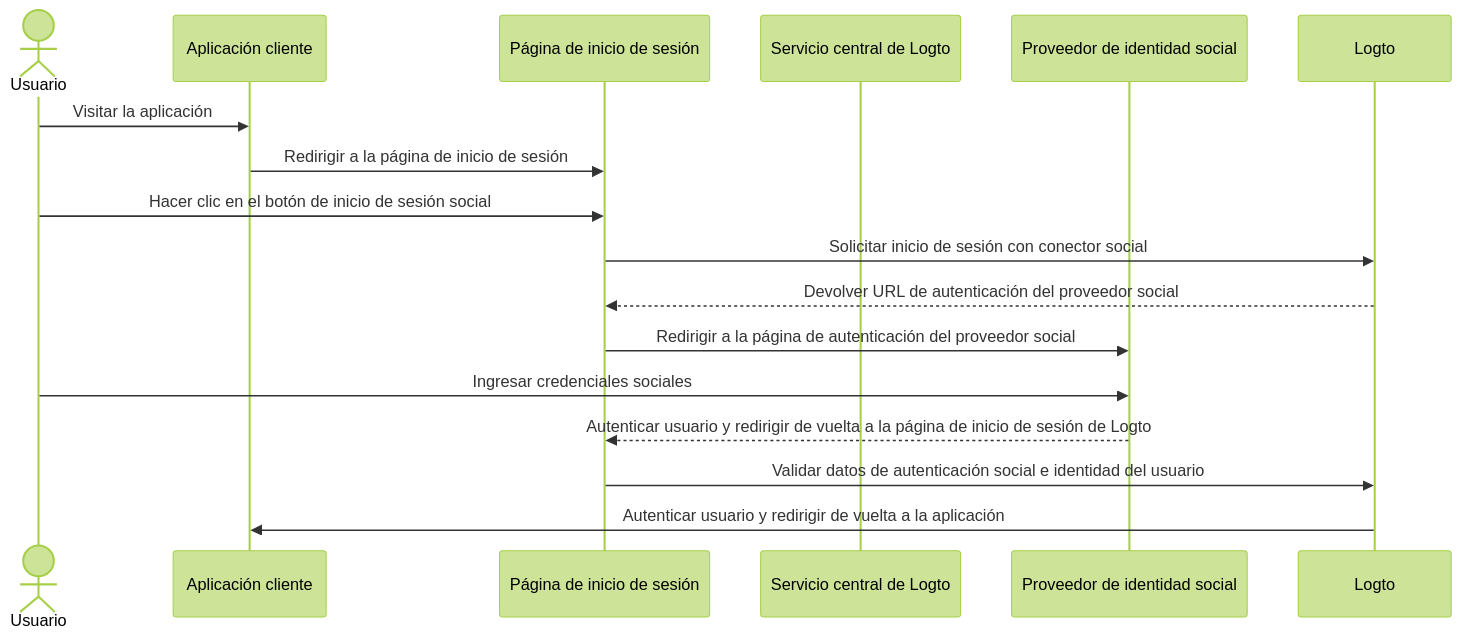
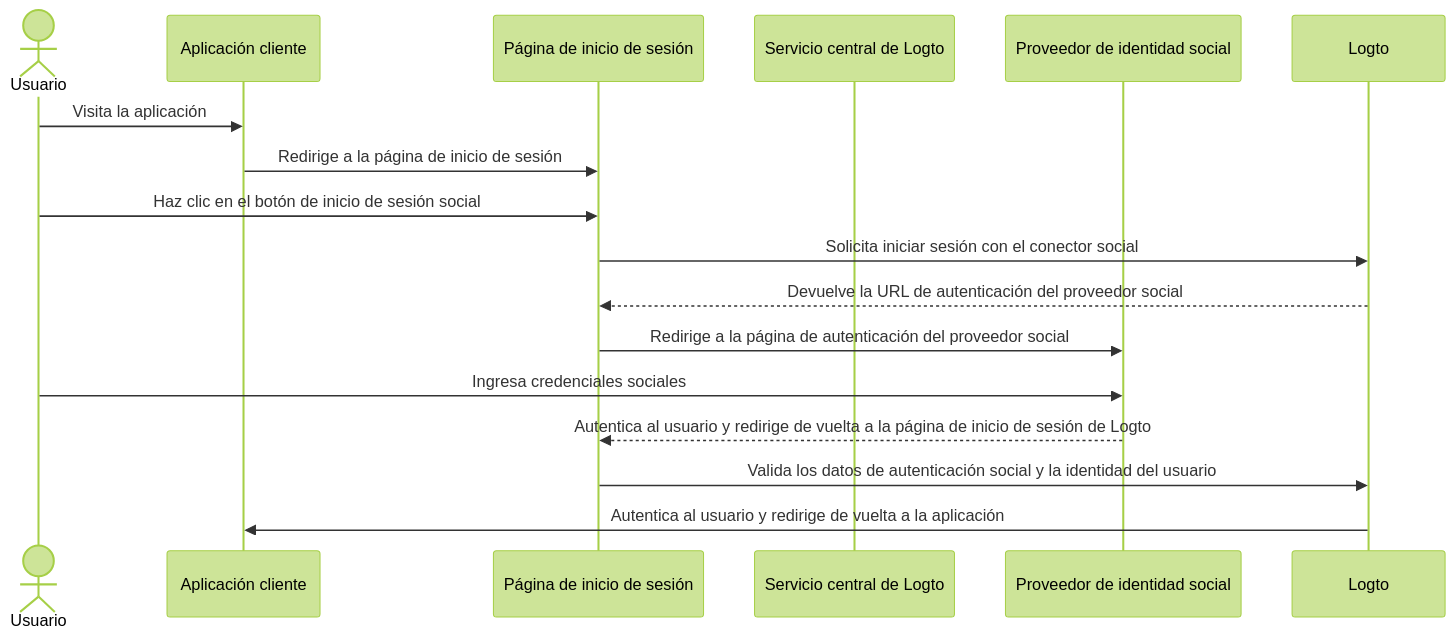
Before and after one commit to logto-io/docs: the first of 6 diagrams in i18n/es/docusaurus-plugin-content-docs/current/end-user-flows/sign-up-and-sign-in/social-sign-in.mdx, drawn with Mermaid (forest theme). The commit also changed other lines of this file and 59 other files, not shown here.

````diff
--- a/i18n/es/docusaurus-plugin-content-docs/current/end-user-flows/sign-up-and-sign-in/social-sign-in.mdx
+++ b/i18n/es/docusaurus-plugin-content-docs/current/end-user-flows/sign-up-and-sign-in/social-sign-in.mdx
@@ -36,19 +36,19 @@
 ```mermaid
 sequenceDiagram
     actor user as Usuario
     participant app as Aplicación cliente
     participant experience as Página de inicio de sesión
     participant logto as Servicio central de Logto
     participant social as Proveedor de identidad social
 
-    user->>app: Visitar la aplicación
-    app->>experience: Redirigir a la página de inicio de sesión
-    user->>experience: Hacer clic en el botón de inicio de sesión social
-    experience->>Logto: Solicitar inicio de sesión con conector social
-    Logto-->>experience: Devolver URL de autenticación del proveedor social
-    experience->>social: Redirigir a la página de autenticación del proveedor social
-    user->>social: Ingresar credenciales sociales
-    social-->>experience: Autenticar usuario y redirigir de vuelta a la página de inicio de sesión de Logto
-    experience->>Logto: Validar datos de autenticación social e identidad del usuario
-    Logto->>app: Autenticar usuario y redirigir de vuelta a la aplicación
+    user->>app: Visita la aplicación
+    app->>experience: Redirige a la página de inicio de sesión
+    user->>experience: Haz clic en el botón de inicio de sesión social
+    experience->>Logto: Solicita iniciar sesión con el conector social
+    Logto-->>experience: Devuelve la URL de autenticación del proveedor social
+    experience->>social: Redirige a la página de autenticación del proveedor social
+    user->>social: Ingresa credenciales sociales
+    social-->>experience: Autentica al usuario y redirige de vuelta a la página de inicio de sesión de Logto
+    experience->>Logto: Valida los datos de autenticación social y la identidad del usuario
+    Logto->>app: Autentica al usuario y redirige de vuelta a la aplicación
 ```
````
